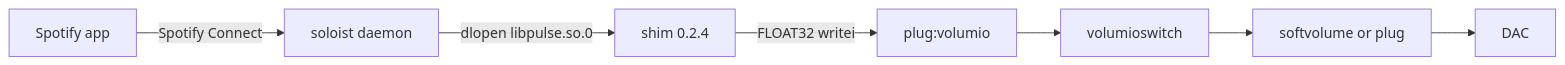
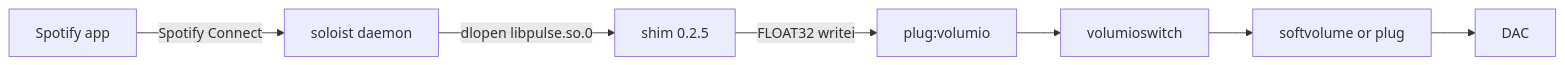
Before and after one commit to foonerd/alsa_soloist_connect: the first of 4 diagrams in README.md, drawn with Mermaid. The commit also changed other lines of this file and 14 other files, not shown here.

````diff
--- a/README.md
+++ b/README.md
@@ -32,9 +32,9 @@
 ```mermaid
 flowchart LR
     SpotifyApp["Spotify app"] -->|"Spotify Connect"| Soloist["soloist daemon"]
-    Soloist -->|"dlopen libpulse.so.0"| Shim["shim 0.2.4"]
+    Soloist -->|"dlopen libpulse.so.0"| Shim["shim 0.2.5"]
     Shim -->|"FLOAT32 writei"| Plug["plug:volumio"]
     Plug --> Switch["volumioswitch"]
     Switch --> Out["softvolume or plug"]
     Out --> Dac["DAC"]
 ```
````
